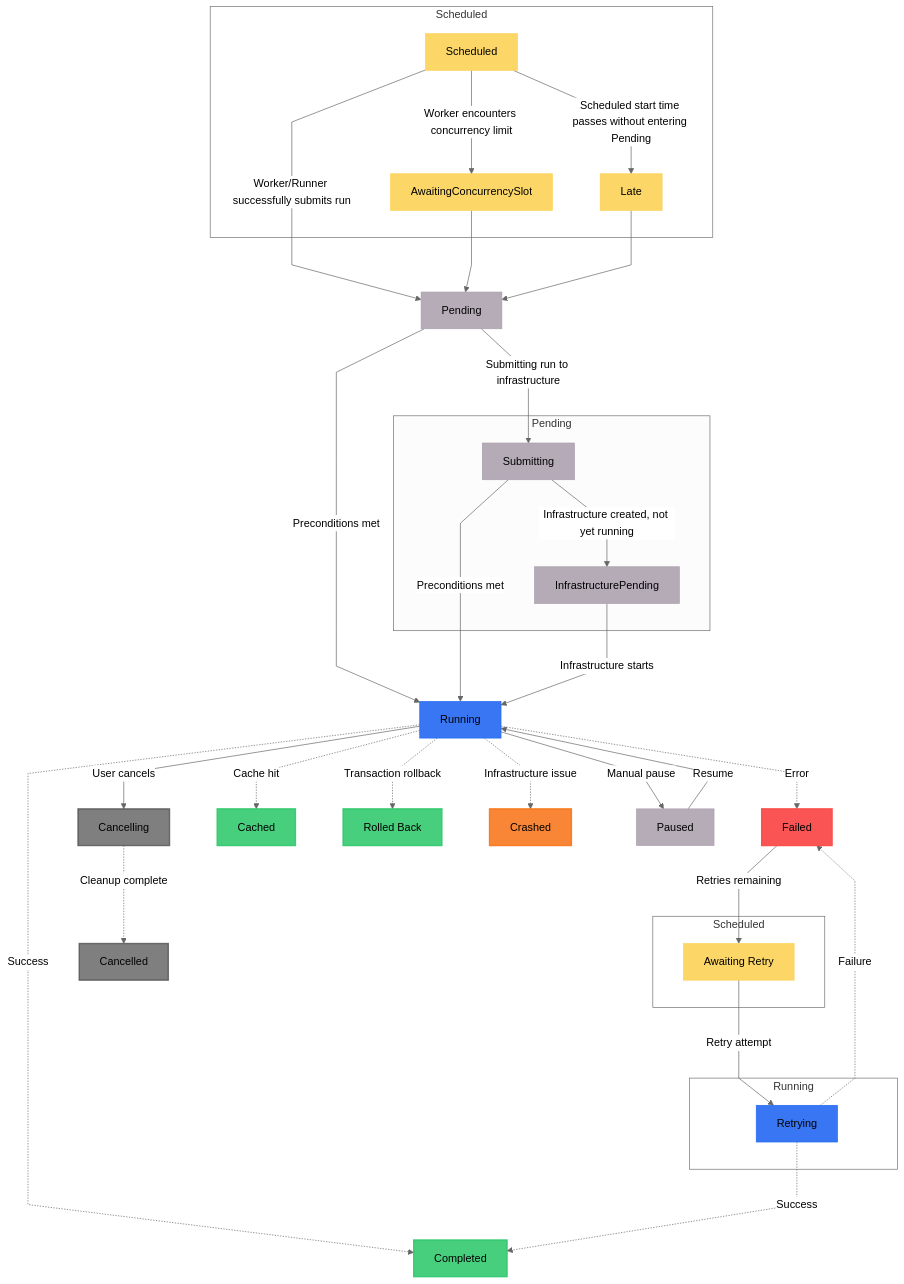
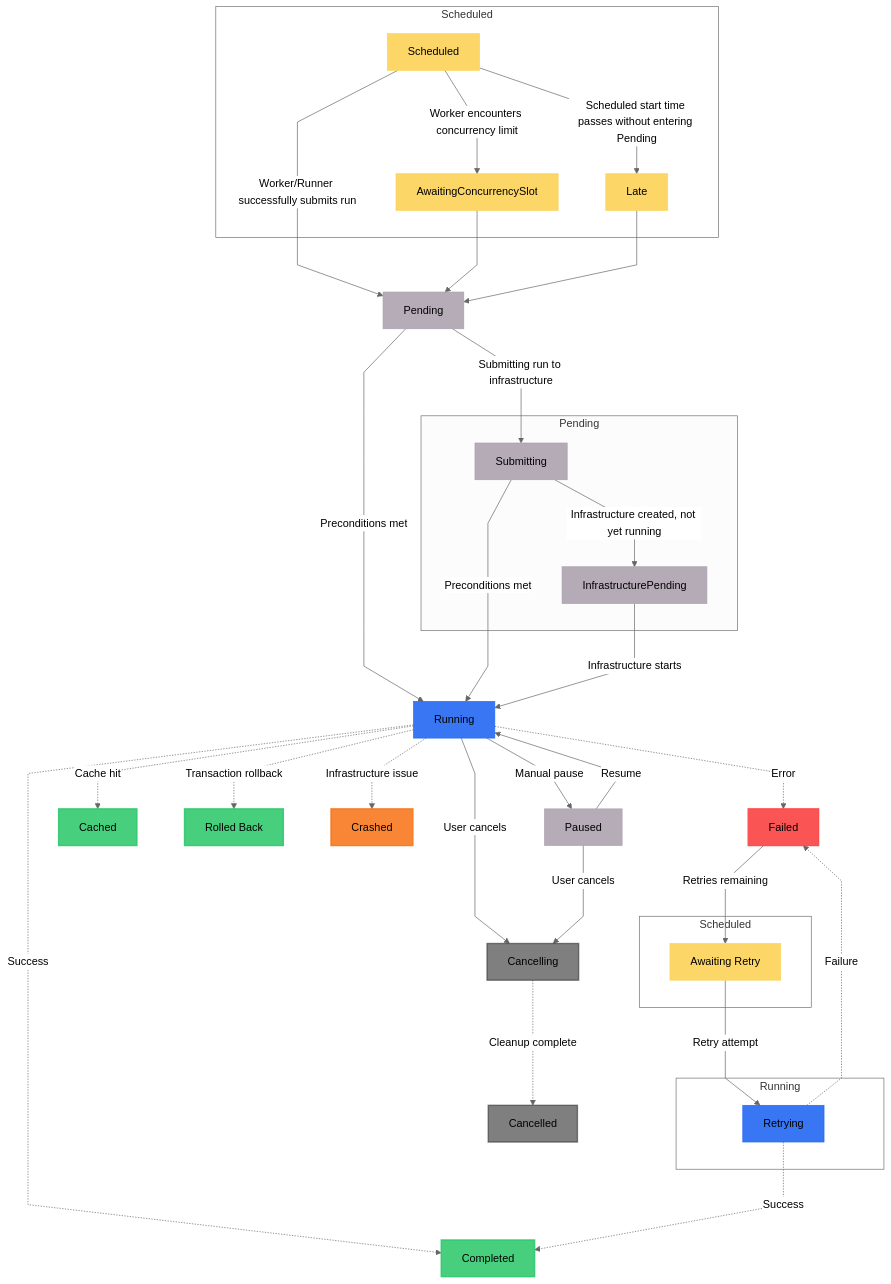
Before and after one commit to PrefectHQ/prefect: the diagram in docs/v3/concepts/states.mdx, drawn with Mermaid (neutral theme). The commit also changed 3 other files, not shown here.

Commit message:
allow transitioning to cancelling from paused

```diff
--- a/docs/v3/concepts/states.mdx
+++ b/docs/v3/concepts/states.mdx
@@ -191,6 +191,7 @@
 
     Running --> |Manual pause| Paused
     Paused --> |Resume| Running
+    Paused --> |User cancels| Cancelling
     
     Cancelling -.-> |Cleanup complete| Cancelled
 
```
